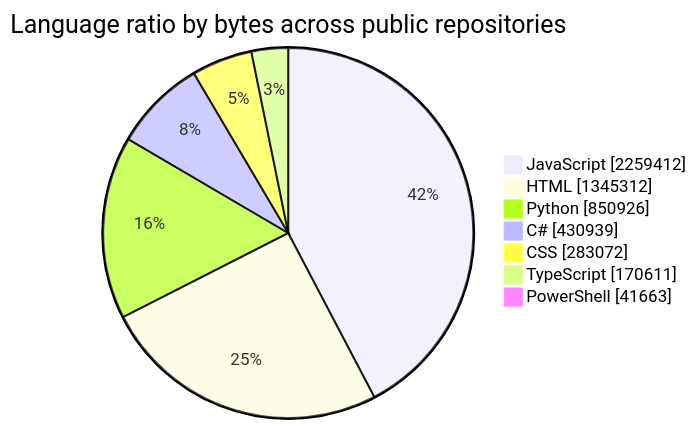
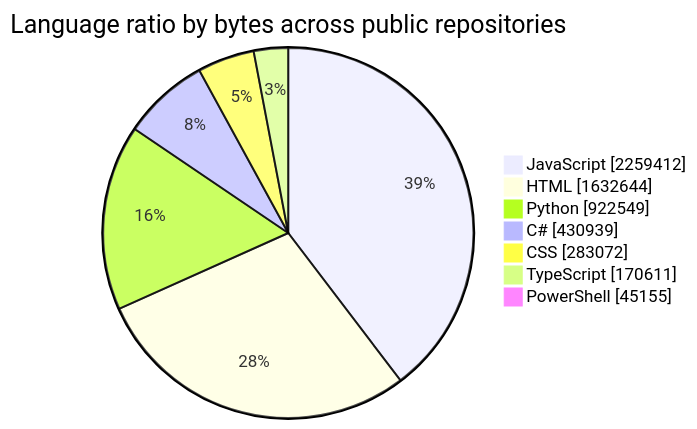
One commit to tchinso/tchinso changed the first of 2 diagrams in README.md. Above: the diagram before and after it, drawn with Mermaid. The commit also changed other lines of this file, not shown here.

````diff
--- a/README.md
+++ b/README.md
@@ -24,11 +24,11 @@
 ```mermaid
 pie showData
     title Language ratio by bytes across public repositories
     "JavaScript" : 2259412
-    "HTML" : 1345312
-    "Python" : 850926
+    "HTML" : 1632644
+    "Python" : 922549
     "C#" : 430939
     "CSS" : 283072
     "TypeScript" : 170611
-    "PowerShell" : 41663
+    "PowerShell" : 45155
 ```
````
